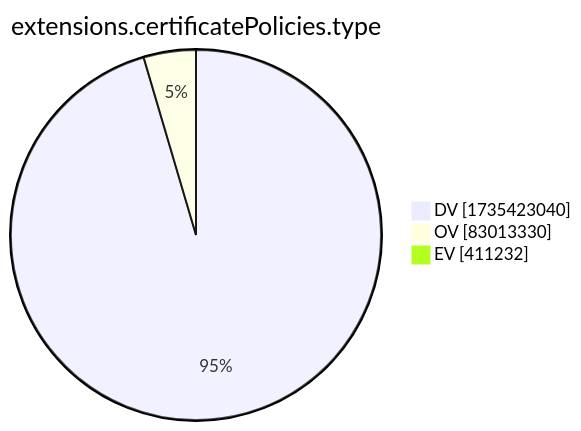
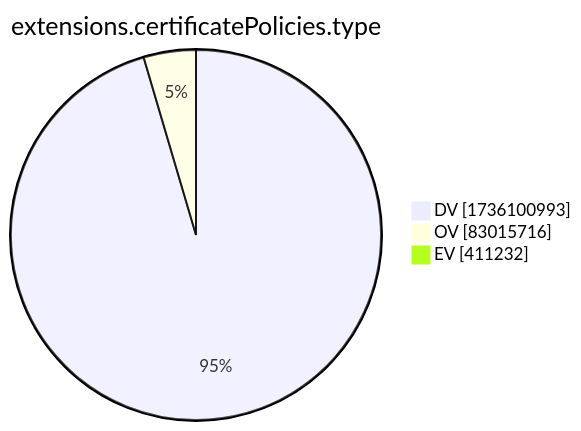
One commit to christiankrug/ctmonitor_visualization changed the tenth of 15 diagrams in xenon2022/README.md. Above: the diagram before and after it, drawn with Mermaid. The commit also changed other lines of this file, not shown here.

````diff
--- a/xenon2022/README.md
+++ b/xenon2022/README.md
@@ -2881,7 +2881,7 @@
 ```mermaid
 pie showData
 title extensions.certificatePolicies.type
-"DV" :1735423040
-"OV" :83013330
+"DV" :1736100993
+"OV" :83015716
 "EV" :411232
 ```
````
